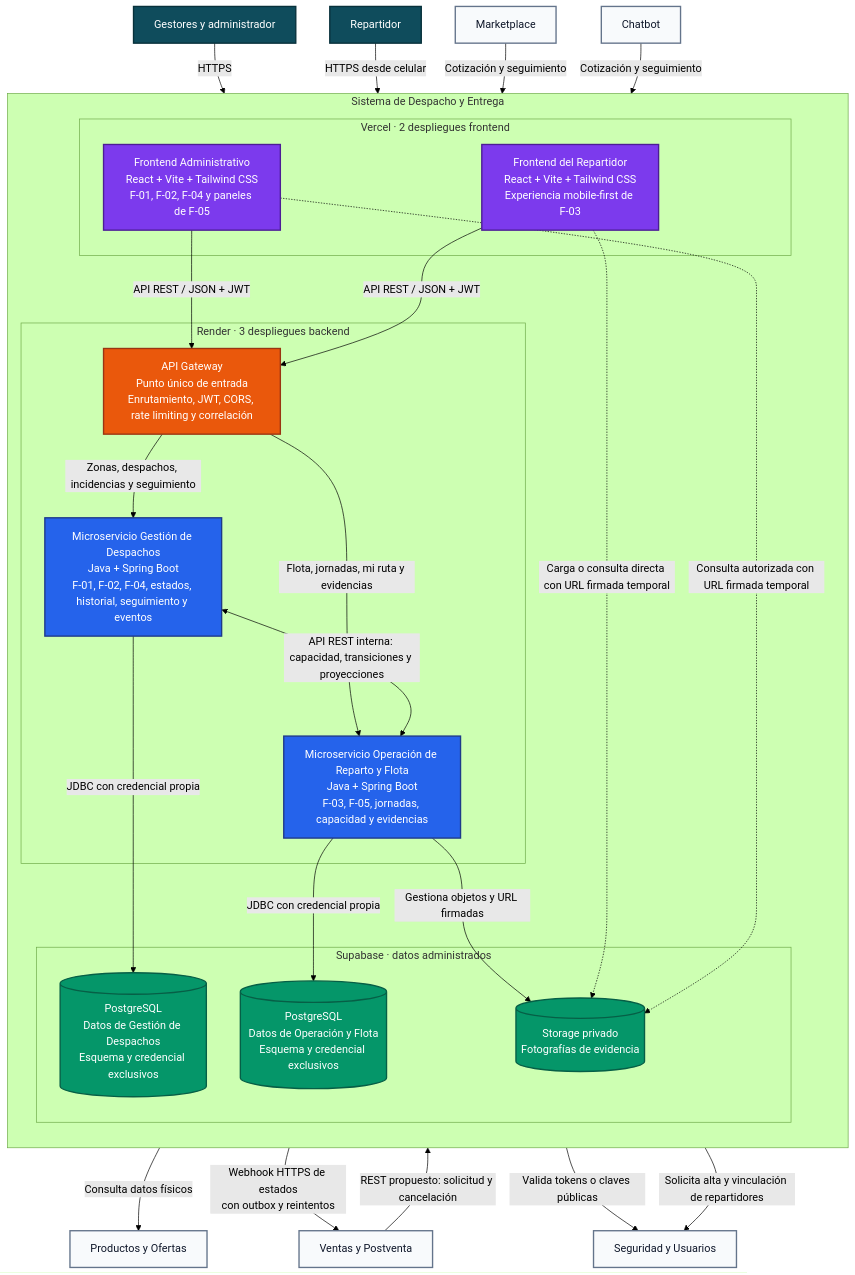
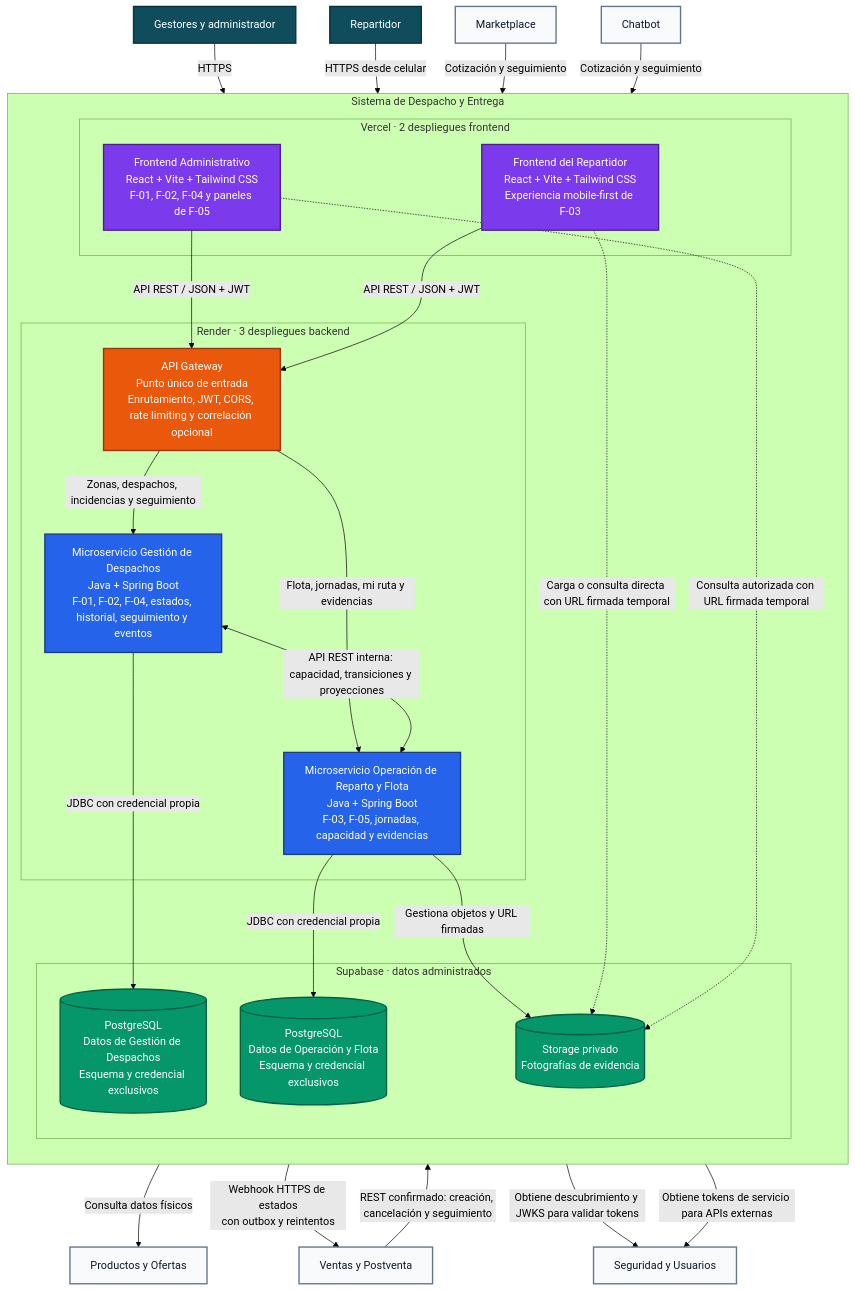
Before and after one commit to Taller-SW-Web/G2-Despacho-Specs: the diagram in arquitectura/c4-contenedores.md, drawn with Mermaid (forest theme). The commit also changed other lines of this file and 2 other files, not shown here.

````diff
--- a/arquitectura/c4-contenedores.md
+++ b/arquitectura/c4-contenedores.md
@@ -9,65 +9,65 @@
 ```mermaid
 flowchart TB
     classDef frontend fill:#7C3AED,color:#FFFFFF,stroke:#4C1D95,stroke-width:2px
     classDef gateway fill:#EA580C,color:#FFFFFF,stroke:#9A3412,stroke-width:2px
     classDef servicio fill:#2563EB,color:#FFFFFF,stroke:#1E3A8A,stroke-width:2px
     classDef datos fill:#059669,color:#FFFFFF,stroke:#065F46,stroke-width:2px
     classDef externo fill:#F8FAFC,color:#0F172A,stroke:#64748B,stroke-width:2px
     classDef persona fill:#0F4C5C,color:#FFFFFF,stroke:#08313B,stroke-width:2px
 
     GESTORES["Gestores y administrador"]:::persona
     REPARTIDOR["Repartidor"]:::persona
 
     subgraph SISTEMA["Sistema de Despacho y Entrega"]
         direction TB
 
         subgraph VERCEL["Vercel · 2 despliegues frontend"]
             FA["Frontend Administrativo<br/>React + Vite + Tailwind CSS<br/>F-01, F-02, F-04 y paneles de F-05"]:::frontend
             FR["Frontend del Repartidor<br/>React + Vite + Tailwind CSS<br/>Experiencia mobile-first de F-03"]:::frontend
         end
 
         subgraph RENDER["Render · 3 despliegues backend"]
-            GW["API Gateway<br/>Punto único de entrada<br/>Enrutamiento, JWT, CORS, rate limiting y correlación"]:::gateway
+            GW["API Gateway<br/>Punto único de entrada<br/>Enrutamiento, JWT, CORS, rate limiting y correlación opcional"]:::gateway
             MD["Microservicio Gestión de Despachos<br/>Java + Spring Boot<br/>F-01, F-02, F-04, estados, historial, seguimiento y eventos"]:::servicio
             MR["Microservicio Operación de Reparto y Flota<br/>Java + Spring Boot<br/>F-03, F-05, jornadas, capacidad y evidencias"]:::servicio
         end
 
         subgraph SUPABASE["Supabase · datos administrados"]
             BDG[("PostgreSQL<br/>Datos de Gestión de Despachos<br/>Esquema y credencial exclusivos")]:::datos
             BDR[("PostgreSQL<br/>Datos de Operación y Flota<br/>Esquema y credencial exclusivos")]:::datos
             OBJ[("Storage privado<br/>Fotografías de evidencia")]:::datos
         end
 
     end
 
     MKT["Marketplace"]:::externo
     CHT["Chatbot"]:::externo
     VEN["Ventas y Postventa"]:::externo
     PRO["Productos y Ofertas"]:::externo
     SEG["Seguridad y Usuarios"]:::externo
 
     GESTORES -->|"HTTPS"| FA
     REPARTIDOR -->|"HTTPS desde celular"| FR
     FA -->|"API REST / JSON + JWT"| GW
     FR -->|"API REST / JSON + JWT"| GW
 
     MKT -->|"Cotización y seguimiento"| GW
     CHT -->|"Cotización y seguimiento"| GW
-    VEN -->|"REST propuesto: solicitud y cancelación"| GW
+    VEN -->|"REST confirmado: creación, cancelación y seguimiento"| GW
 
     GW -->|"Zonas, despachos, incidencias y seguimiento"| MD
     GW -->|"Flota, jornadas, mi ruta y evidencias"| MR
 
     MD <-->|"API REST interna: capacidad, transiciones y proyecciones"| MR
 
     MD -->|"JDBC con credencial propia"| BDG
     MR -->|"JDBC con credencial propia"| BDR
     MR -->|"Gestiona objetos y URL firmadas"| OBJ
     FR -.->|"Carga o consulta directa con URL firmada temporal"| OBJ
     FA -.->|"Consulta autorizada con URL firmada temporal"| OBJ
 
     MD -->|"Consulta datos físicos"| PRO
     MD -->|"Webhook HTTPS de estados<br/>con outbox y reintentos"| VEN
-    GW -->|"Valida tokens o claves públicas"| SEG
-    MR -->|"Solicita alta y vinculación de repartidores"| SEG
+    GW -->|"Obtiene descubrimiento y JWKS para validar tokens"| SEG
+    MD -->|"Obtiene tokens de servicio para APIs externas"| SEG
 ```
````
